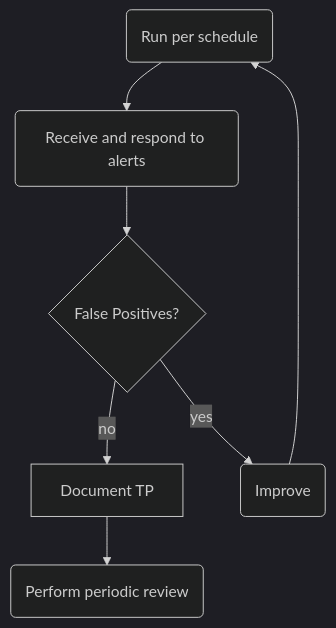
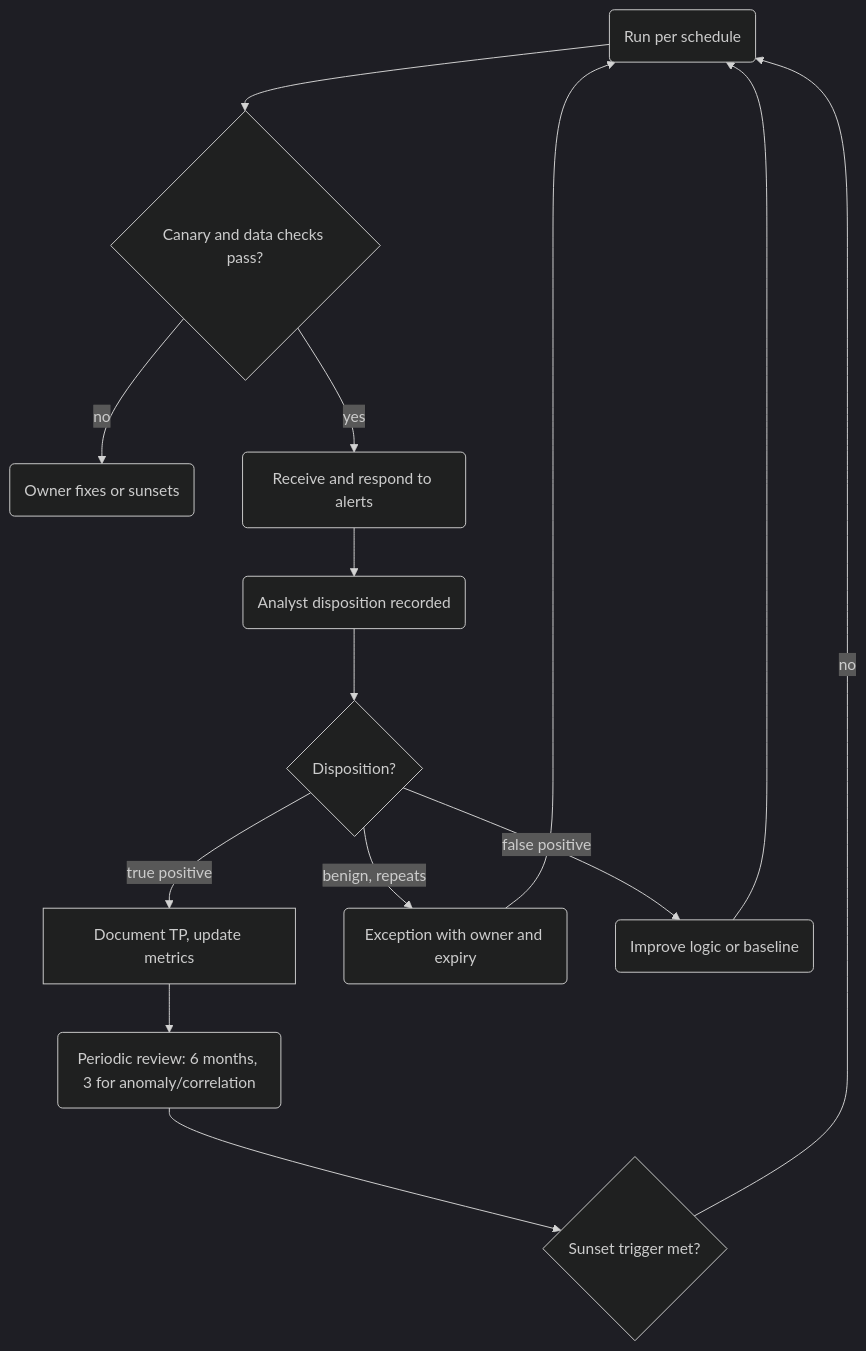
Before and after one commit to aviyachki/odef-site: the diagram in content/ODEF/phases/midday.md, drawn with Mermaid (dark theme). The commit also changed other lines of this file and 2 other files, not shown here.

Commit message:
Phases: intake-driven opportunities, alert design, Health function, triage feedback, defined metrics, exceptions, review cadence

```diff
--- a/content/ODEF/phases/midday.md
+++ b/content/ODEF/phases/midday.md
@@ -70,9 +108,16 @@
 {{<mermaid align="left">}}
 graph TD;
-Monitor1(Run per schedule) -->Monitor2(Receive and respond to alerts);
-Monitor2 --> Monitor3{False Positives?} ;
-Monitor3 --> |no| Measure[Document TP];
-Measure --> Review(Perform periodic review)
-Monitor3 --> |yes| Improve(Improve);
+Monitor1(Run per schedule) --> Health{Canary and data checks pass?};
+Health --> |no| Fix(Owner fixes or sunsets);
+Health --> |yes| Monitor2(Receive and respond to alerts);
+Monitor2 --> Feedback(Analyst disposition recorded);
+Feedback --> Monitor3{Disposition?};
+Monitor3 --> |true positive| Measure[Document TP, update metrics];
+Monitor3 --> |benign, repeats| Exception(Exception with owner and expiry);
+Monitor3 --> |false positive| Improve(Improve logic or baseline);
 Improve --> Monitor1;
+Exception --> Monitor1;
+Measure --> Review(Periodic review: 6 months, 3 for anomaly/correlation);
+Review --> Sunset{Sunset trigger met?};
+Sunset --> |no| Monitor1;
 {{< /mermaid >}}
```
